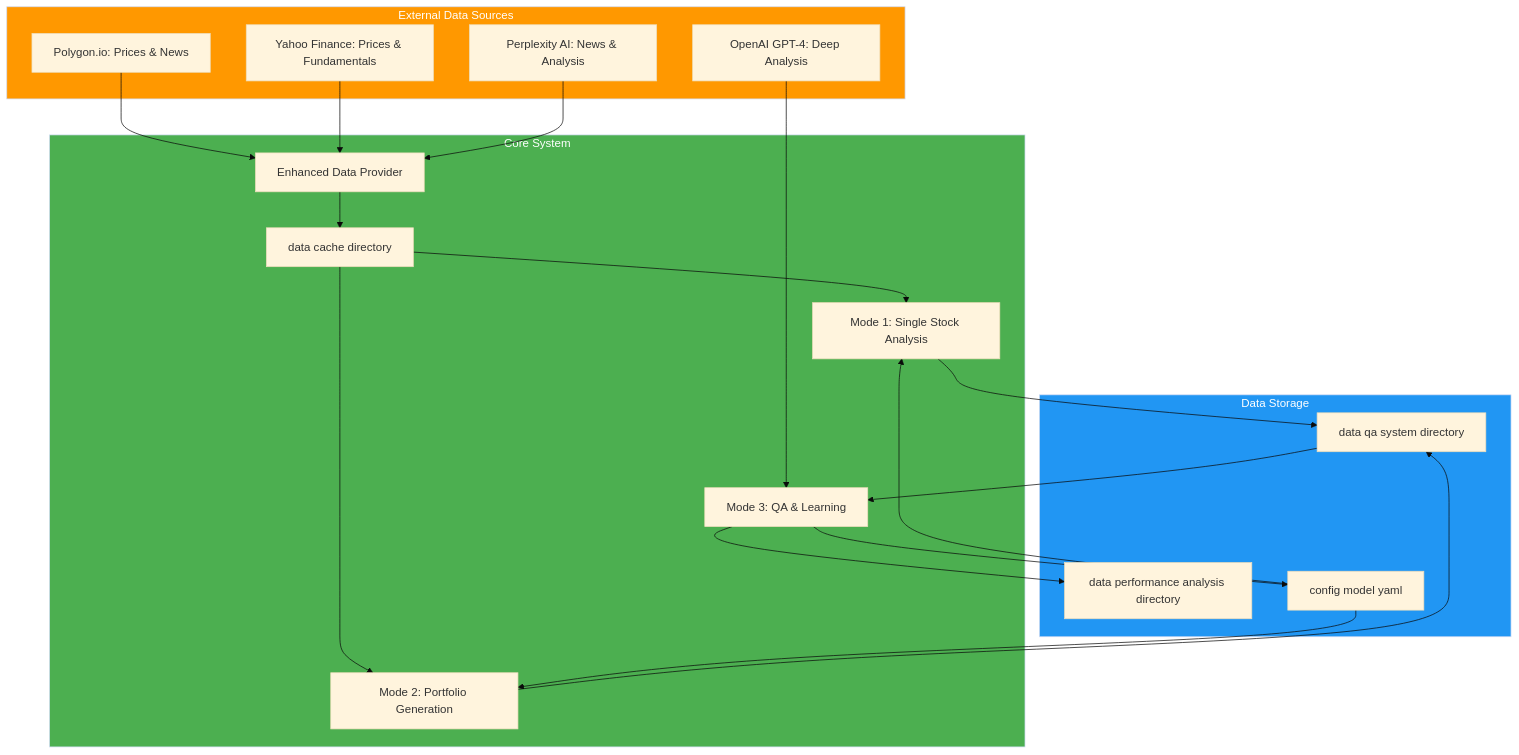
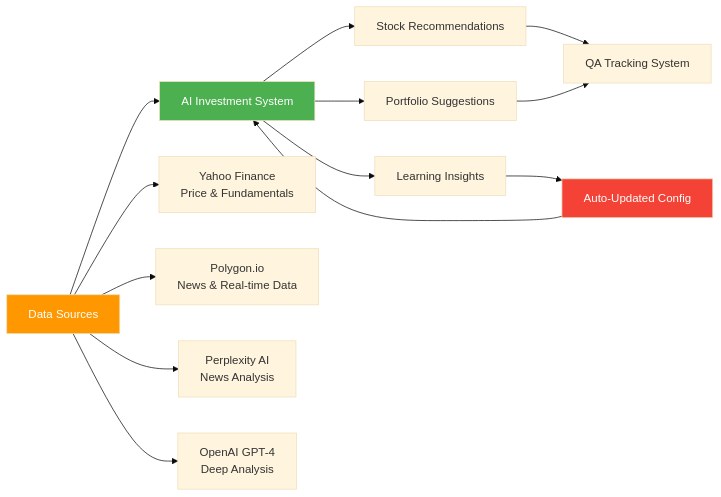
Before and after one commit to yaboibean2/Wharton: the sixth of 6 diagrams in SYSTEM_FLOW_DIAGRAMS.md, drawn with Mermaid (base theme). The commit also changed other lines of this file, not shown here.

First line of the commit message:
Redesign system flow diagrams: Clearer, more intuitive, focused on essentials

````diff
--- a/SYSTEM_FLOW_DIAGRAMS.md
+++ b/SYSTEM_FLOW_DIAGRAMS.md
@@ -378,47 +300,23 @@
 ```mermaid
-graph TB
-    subgraph External[External Data Sources]
-        Polygon[Polygon.io: Prices & News]
-        YFinance[Yahoo Finance: Prices & Fundamentals]
-        Perplexity[Perplexity AI: News & Analysis]
-        OpenAI[OpenAI GPT-4: Deep Analysis]
-    end
+graph LR
+    Sources[Data Sources] --> System[AI Investment System]
     
-    subgraph System[Core System]
-        DataProvider[Enhanced Data Provider]
-        Cache[data cache directory]
-        
-        Mode1[Mode 1: Single Stock Analysis]
-        Mode2[Mode 2: Portfolio Generation]
-        Mode3[Mode 3: QA & Learning]
-    end
+    Sources --> A[Yahoo Finance<br/>Price & Fundamentals]
+    Sources --> B[Polygon.io<br/>News & Real-time Data]
+    Sources --> C[Perplexity AI<br/>News Analysis]
+    Sources --> D[OpenAI GPT-4<br/>Deep Analysis]
     
-    subgraph Storage[Data Storage]
-        QAStorage[data qa system directory]
-        PerfStorage[data performance analysis directory]
-        Config[config model yaml]
-    end
+    System --> Out1[Stock Recommendations]
+    System --> Out2[Portfolio Suggestions]
+    System --> Out3[Learning Insights]
     
-    Polygon --> DataProvider
-    YFinance --> DataProvider
-    Perplexity --> DataProvider
-    OpenAI --> Mode3
+    Out1 --> Storage[QA Tracking System]
+    Out2 --> Storage
+    Out3 --> Config[Auto-Updated Config]
     
-    DataProvider --> Cache
-    Cache --> Mode1
-    Cache --> Mode2
+    Config --> System
     
-    Mode1 --> QAStorage
-    Mode2 --> QAStorage
-    
-    QAStorage --> Mode3
-    Mode3 --> PerfStorage
-    Mode3 --> Config
-    
-    Config --> Mode1
-    Config --> Mode2
-    
+    style Sources fill:#FF9800,color:#fff
     style System fill:#4CAF50,color:#fff
-    style Storage fill:#2196F3,color:#fff
-    style External fill:#FF9800,color:#fff
+    style Config fill:#F44336,color:#fff
 ```
````
